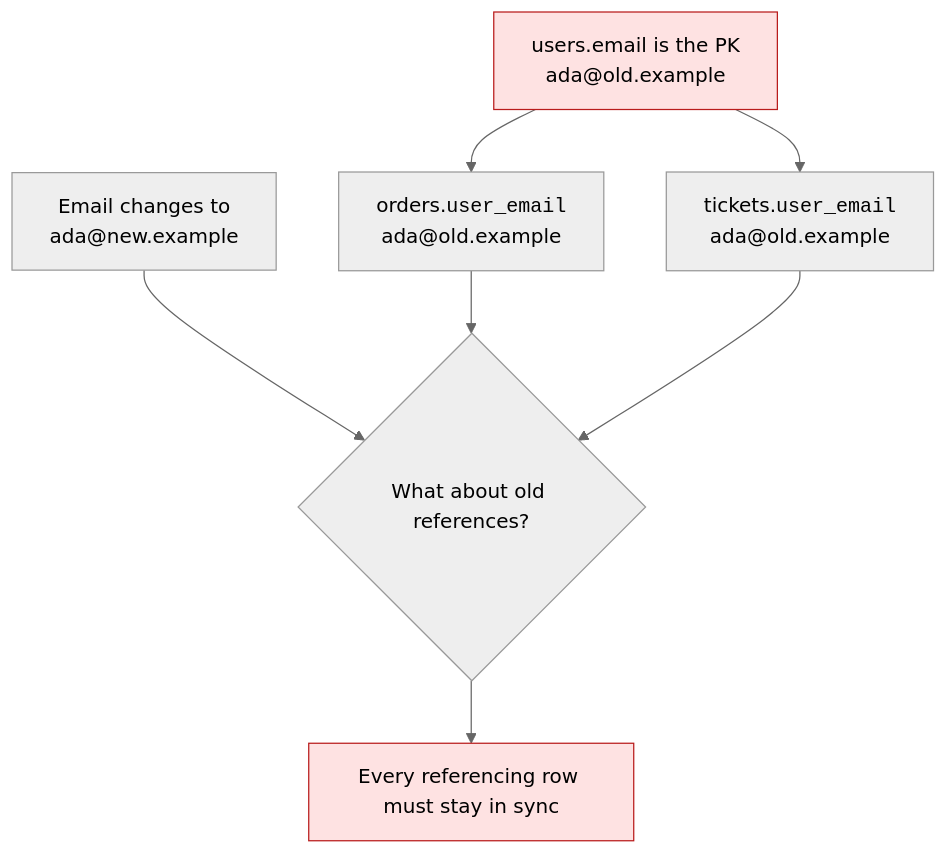
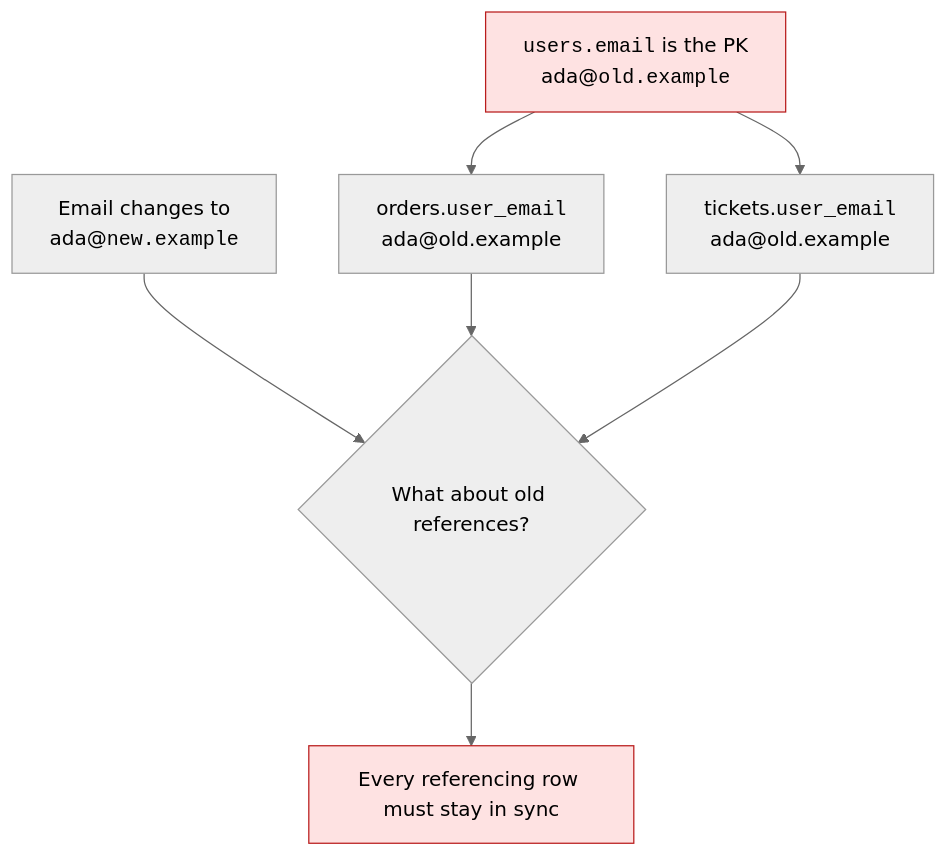
One commit to dataslope/dataslope changed the fourth of 7 diagrams in content/learn/database-design-postgresql/natural-vs-surrogate-keys.mdx. Above: the diagram before and after it, drawn with Mermaid (neutral theme). The commit also changed other lines of this file and 100 other files, not shown here.

First line of the commit message:
Wrap more code in diagram labels: filenames, hex, assignments, subgraph titles

````diff
--- a/content/learn/database-design-postgresql/natural-vs-surrogate-keys.mdx
+++ b/content/learn/database-design-postgresql/natural-vs-surrogate-keys.mdx
@@ -141,10 +141,10 @@
 ```mermaid
 flowchart TB
-    A["users.email is the PK<br/>ada@old.example"]:::bad --> B["orders.<code>user_email</code><br/>ada@old.example"]
+    A["<code>users.email</code> is the PK<br/>ada@<code>old.example</code>"]:::bad --> B["orders.<code>user_email</code><br/>ada@old.example"]
     A --> C["tickets.<code>user_email</code><br/>ada@old.example"]
-    D["Email changes to<br/>ada@new.example"] --> E{"What about old references?"}
+    D["Email changes to<br/>ada@<code>new.example</code>"] --> E{"What about old references?"}
     B --> E
     C --> E
     E --> F["Every referencing row must stay in sync"]:::bad
     classDef bad fill:#fee2e2,stroke:#b91c1c
 ```
````
